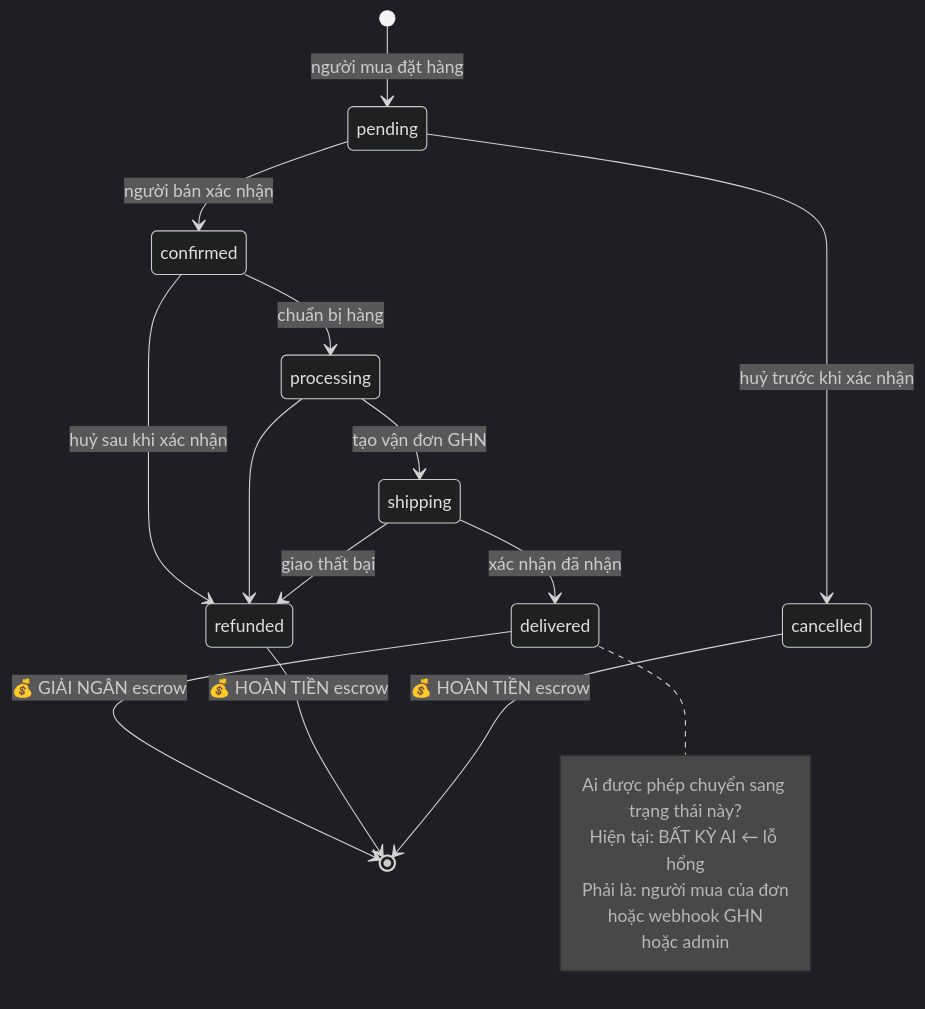
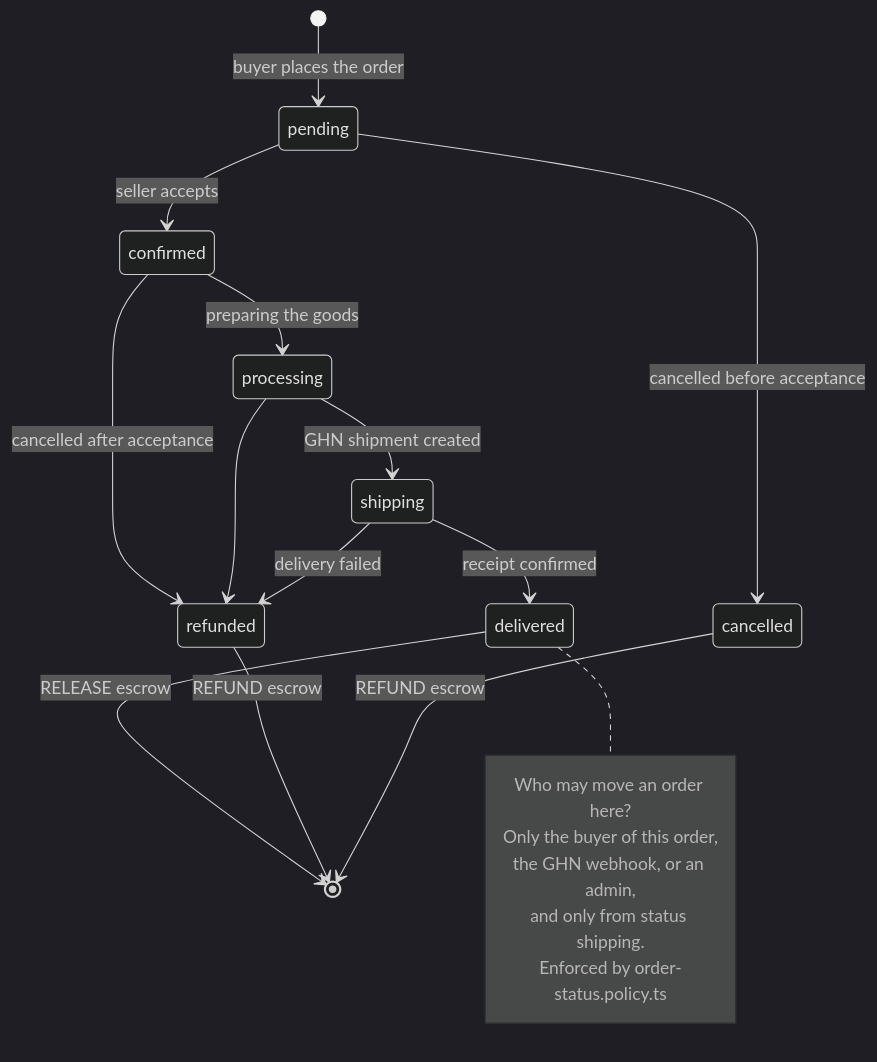
One commit to tdat-dev/Zoldify_Backend changed diagram 14 of 18 in docs/system-design/2026-08-06-zoldify-diagrams.md. Above: the diagram before and after it, drawn with Mermaid (dark theme). The commit also changed other lines of this file, not shown here.

First line of the commit message:
Docs: Dịch nhãn 18 sơ đồ cũ sang tiếng Anh

````diff
--- a/docs/system-design/2026-08-06-zoldify-diagrams.md
+++ b/docs/system-design/2026-08-06-zoldify-diagrams.md
@@ -622,28 +636,28 @@
 ```mermaid
 stateDiagram-v2
-    [*] --> pending: người mua đặt hàng
+    [*] --> pending: buyer places the order
 
-    pending --> confirmed: người bán xác nhận
-    pending --> cancelled: huỷ trước khi xác nhận
+    pending --> confirmed: seller accepts
+    pending --> cancelled: cancelled before acceptance
 
-    confirmed --> processing: chuẩn bị hàng
-    processing --> shipping: tạo vận đơn GHN
-    shipping --> delivered: xác nhận đã nhận
+    confirmed --> processing: preparing the goods
+    processing --> shipping: GHN shipment created
+    shipping --> delivered: receipt confirmed
 
-    delivered --> [*]: 💰 GIẢI NGÂN escrow
+    delivered --> [*]: RELEASE escrow
 
-    confirmed --> refunded: huỷ sau khi xác nhận
+    confirmed --> refunded: cancelled after acceptance
     processing --> refunded
-    shipping --> refunded: giao thất bại
+    shipping --> refunded: delivery failed
 
-    refunded --> [*]: 💰 HOÀN TIỀN escrow
-    cancelled --> [*]: 💰 HOÀN TIỀN escrow
+    refunded --> [*]: REFUND escrow
+    cancelled --> [*]: REFUND escrow
 
     note right of delivered
-        Ai được phép chuyển sang trạng thái này?
-        Hiện tại: BẤT KỲ AI ← lỗ hổng
-        Phải là: người mua của đơn
-                 hoặc webhook GHN
-                 hoặc admin
+        Who may move an order here?
+        Only the buyer of this order,
+        the GHN webhook, or an admin,
+        and only from status shipping.
+        Enforced by order-status.policy.ts
     end note
 ```
````
